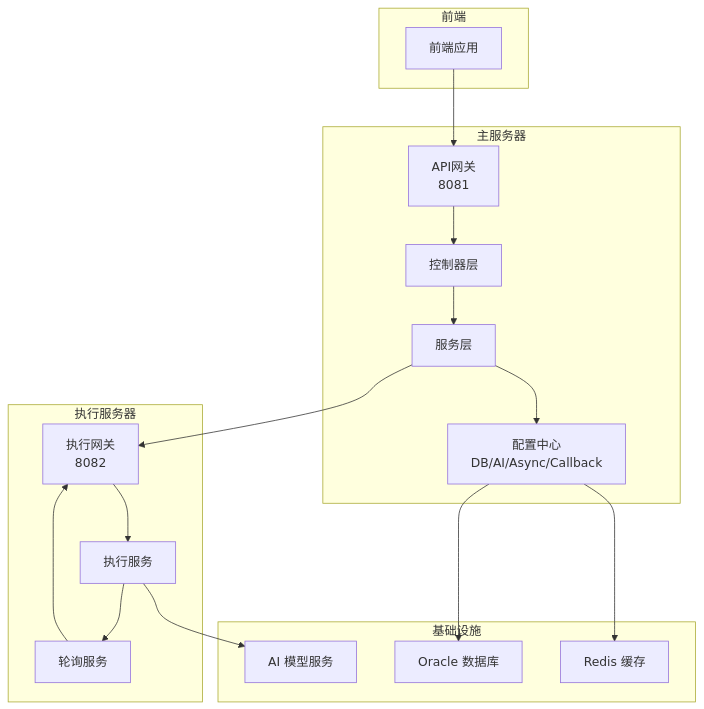
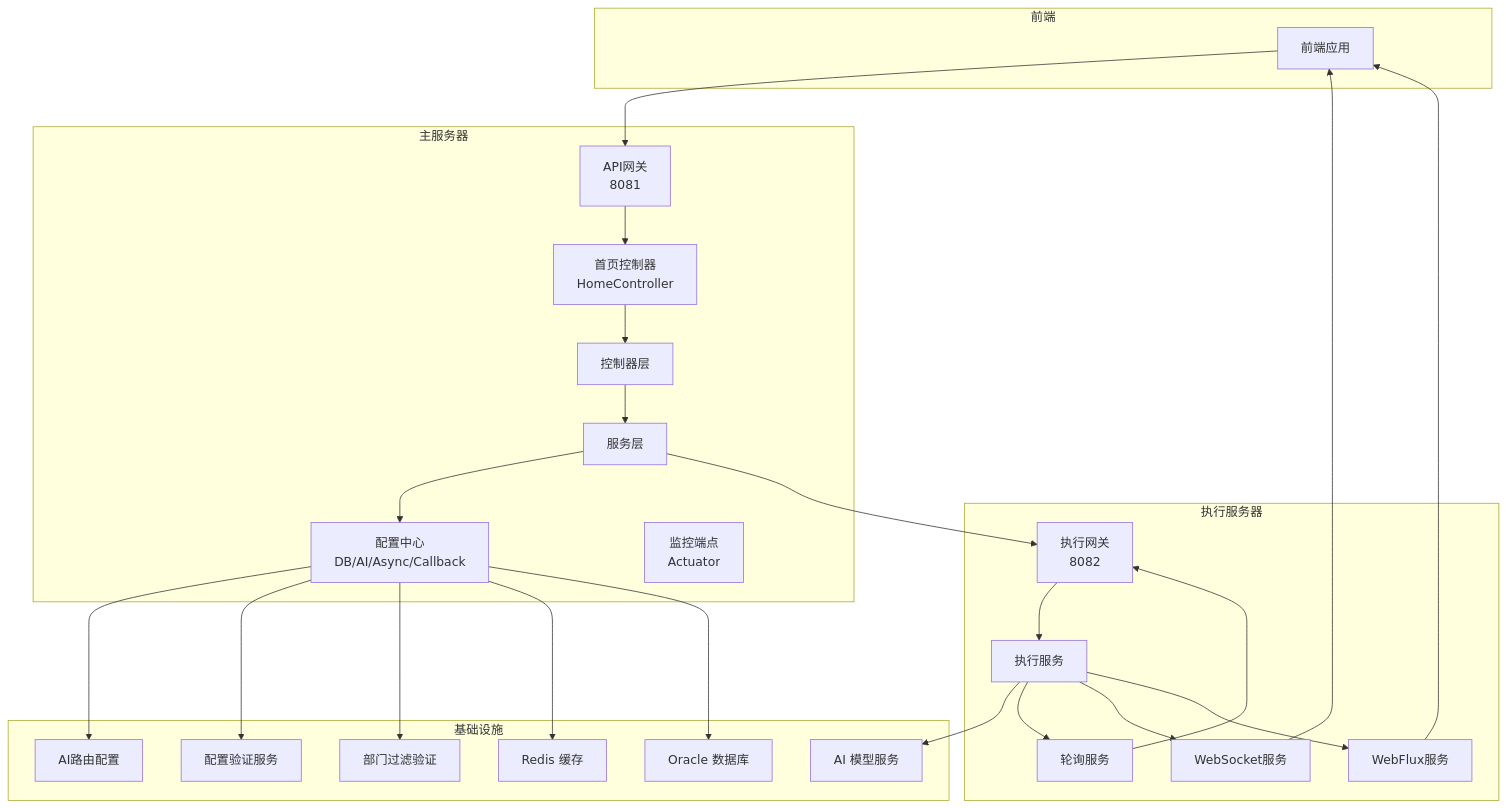
One commit to liuzh2008/med_ai_assistant_workspace changed the second of 7 diagrams in .qoder/repowiki/zh/content/项目概述.md. Above: the diagram before and after it, drawn with Mermaid. The commit also changed other lines of this file and 2 other files, not shown here.

````diff
--- a/.qoder/repowiki/zh/content/项目概述.md
+++ b/.qoder/repowiki/zh/content/项目概述.md
@@ -77,33 +101,48 @@
 ```mermaid
 graph TB
 subgraph "前端"
 FE["前端应用"]
 end
 subgraph "主服务器"
 GW["API网关<br/>8081"]
 CTRL["控制器层"]
 SVC["服务层"]
 CFG["配置中心<br/>DB/AI/Async/Callback"]
+HOME["首页控制器<br/>HomeController"]
+ENDPOINTS["监控端点<br/>Actuator"]
 end
 subgraph "执行服务器"
 EXE_GW["执行网关<br/>8082"]
 EXE_SVC["执行服务"]
 POLL["轮询服务"]
+WS["WebSocket服务"]
+WF["WebFlux服务"]
 end
 subgraph "基础设施"
 REDIS["Redis 缓存"]
 ORA["Oracle 数据库"]
 AI["AI 模型服务"]
+AIR["AI路由配置"]
+CVS["配置验证服务"]
+DFV["部门过滤验证"]
 end
 FE --> GW
-GW --> CTRL
+GW --> HOME
+HOME --> CTRL
 CTRL --> SVC
 SVC --> CFG
+CFG --> AIR
+CFG --> CVS
+CFG --> DFV
 CFG --> REDIS
 CFG --> ORA
 SVC --> EXE_GW
 EXE_GW --> EXE_SVC
 EXE_SVC --> AI
 EXE_SVC --> POLL
+EXE_SVC --> WS
+EXE_SVC --> WF
 POLL --> EXE_GW
+WS --> FE
+WF --> FE
 ```
````
